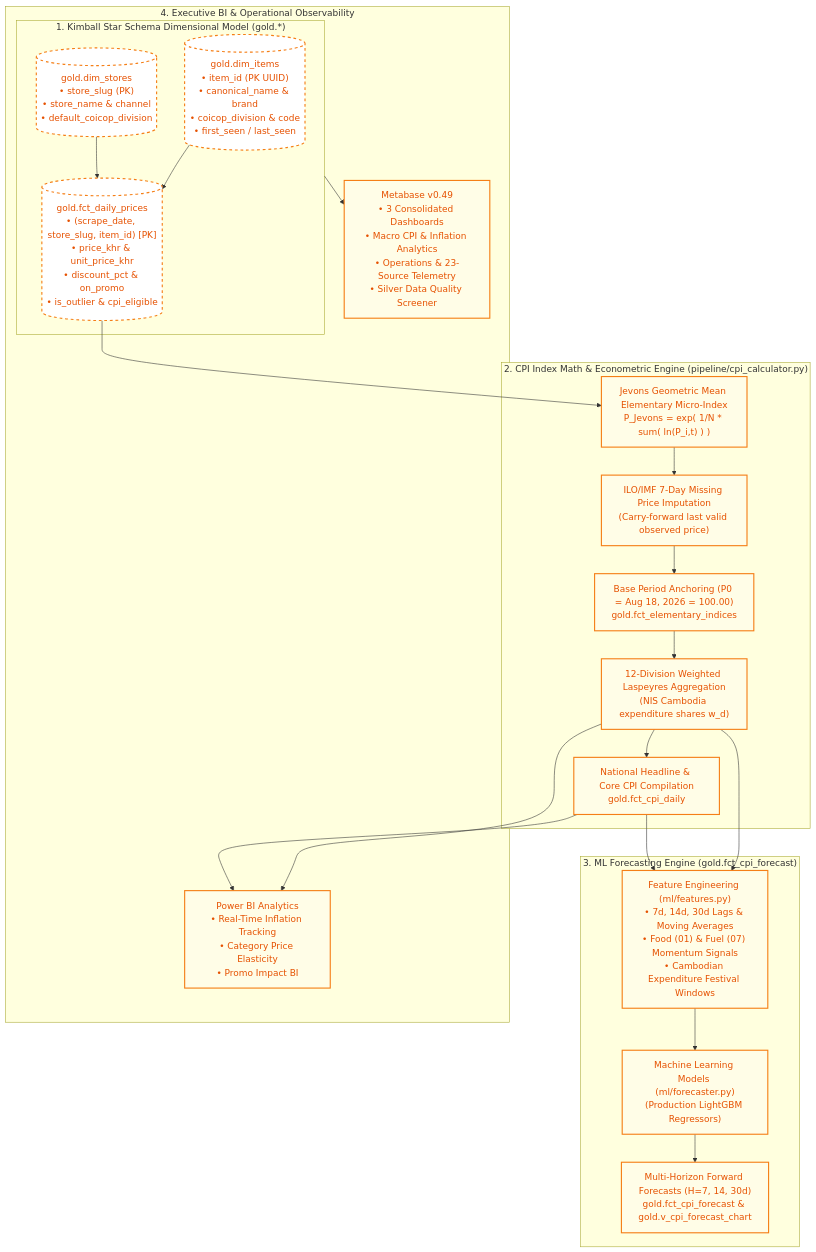
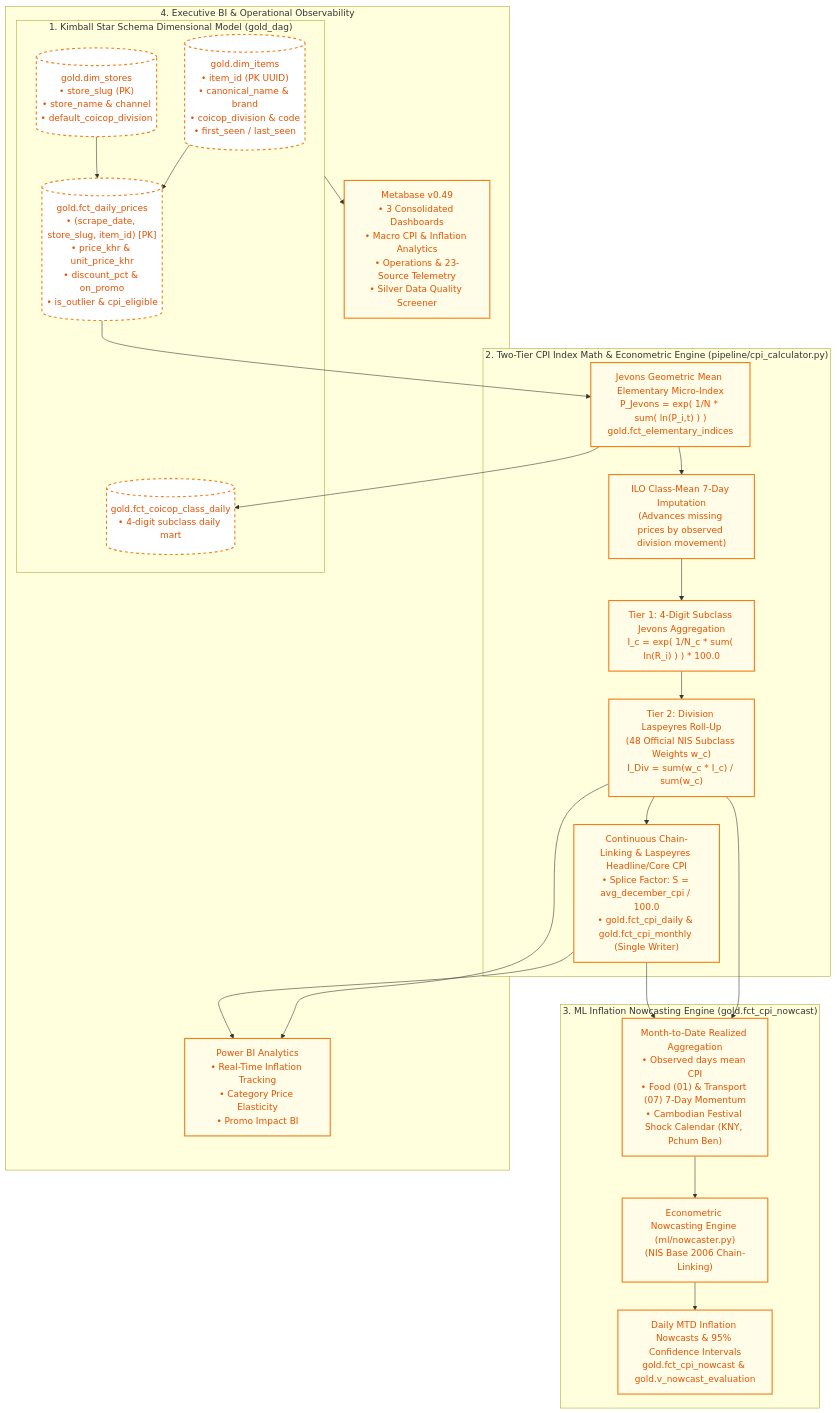
Before and after one commit to Korngmeng-Taing/Cambodia-cpi-pipeline: the fourth of 4 diagrams in docs/ARCHITECTURE_DIAGRAMS.md, drawn with Mermaid. The commit also changed other lines of this file and 104 other files, not shown here.

First line of the commit message:
feat(audit): post-fix audit remediation, medallion schema consolidation, and pipeline optimization

````diff
--- a/docs/ARCHITECTURE_DIAGRAMS.md
+++ b/docs/ARCHITECTURE_DIAGRAMS.md
@@ -155,35 +155,37 @@
 ```mermaid
 flowchart TD
-    subgraph StarSchema["1. Kimball Star Schema Dimensional Model (gold.*)"]
+    subgraph StarSchema["1. Kimball Star Schema Dimensional Model (gold_dag)"]
         G_DIM1[("gold.dim_items\n• item_id (PK UUID)\n• canonical_name & brand\n• coicop_division & code\n• first_seen / last_seen")]
         G_DIM2[("gold.dim_stores\n• store_slug (PK)\n• store_name & channel\n• default_coicop_division")]
         G_FACT[("gold.fct_daily_prices\n• (scrape_date, store_slug, item_id) [PK]\n• price_khr & unit_price_khr\n• discount_pct & on_promo\n• is_outlier & cpi_eligible")]
+        G_CLASS[("gold.fct_coicop_class_daily\n• 4-digit subclass daily mart")]
         
         G_DIM1 --> G_FACT
         G_DIM2 --> G_FACT
     end
 
-    subgraph IndexEngine["2. CPI Index Math & Econometric Engine (pipeline/cpi_calculator.py)"]
-        G_FACT --> M1["Jevons Geometric Mean Elementary Micro-Index\nP_Jevons = exp( 1/N * sum( ln(P_i,t) ) )"]
-        M1 --> M2["ILO/IMF 7-Day Missing Price Imputation\n(Carry-forward last valid observed price)"]
-        M2 --> M3["Base Period Anchoring (P0 = Aug 18, 2026 = 100.00)\ngold.fct_elementary_indices"]
-        M3 --> M4["12-Division Weighted Laspeyres Aggregation\n(NIS Cambodia expenditure shares w_d)"]
-        M4 --> M5["National Headline & Core CPI Compilation\ngold.fct_cpi_daily"]
+    subgraph IndexEngine["2. Two-Tier CPI Index Math & Econometric Engine (pipeline/cpi_calculator.py)"]
+        G_FACT --> M1["Jevons Geometric Mean Elementary Micro-Index\nP_Jevons = exp( 1/N * sum( ln(P_i,t) ) )\ngold.fct_elementary_indices"]
+        M1 --> M2["ILO Class-Mean 7-Day Imputation\n(Advances missing prices by observed division movement)"]
+        M2 --> M3["Tier 1: 4-Digit Subclass Jevons Aggregation\nI_c = exp( 1/N_c * sum( ln(R_i) ) ) * 100.0"]
+        M3 --> M4["Tier 2: Division Laspeyres Roll-Up\n(48 Official NIS Subclass Weights w_c)\nI_Div = sum(w_c * I_c) / sum(w_c)"]
+        M4 --> M5["Continuous Chain-Linking & Laspeyres Headline/Core CPI\n• Splice Factor: S = avg_december_cpi / 100.0\n• gold.fct_cpi_daily & gold.fct_cpi_monthly (Single Writer)"]
+        M1 --> G_CLASS
     end
 
-    subgraph FeatureStore["3. ML Forecasting Engine (gold.fct_cpi_forecast)"]
-        M4 & M5 --> F1["Feature Engineering (ml/features.py)\n• 7d, 14d, 30d Lags & Moving Averages\n• Food (01) & Fuel (07) Momentum Signals\n• Cambodian Expenditure Festival Windows"]
-        F1 --> F2["Machine Learning Models (ml/forecaster.py)\n(Production LightGBM Regressors)"]
-        F2 --> F3["Multi-Horizon Forward Forecasts (H=7, 14, 30d)\ngold.fct_cpi_forecast & gold.v_cpi_forecast_chart"]
+    subgraph NowcastEngine["3. ML Inflation Nowcasting Engine (gold.fct_cpi_nowcast)"]
+        M4 & M5 --> F1["Month-to-Date Realized Aggregation\n• Observed days mean CPI\n• Food (01) & Transport (07) 7-Day Momentum\n• Cambodian Festival Shock Calendar (KNY, Pchum Ben)"]
+        F1 --> F2["Econometric Nowcasting Engine (ml/nowcaster.py)\n(NIS Base 2006 Chain-Linking)"]
+        F2 --> F3["Daily MTD Inflation Nowcasts & 95% Confidence Intervals\ngold.fct_cpi_nowcast & gold.v_nowcast_evaluation"]
     end
 
     subgraph Serving["4. Executive BI & Operational Observability"]
         M4 & M5 --> B1["Power BI Analytics\n• Real-Time Inflation Tracking\n• Category Price Elasticity\n• Promo Impact BI"]
         StarSchema --> B2["Metabase v0.49\n• 3 Consolidated Dashboards\n• Macro CPI & Inflation Analytics\n• Operations & 23-Source Telemetry\n• Silver Data Quality Screener"]
     end
 
     classDef gldBox fill:#fffde7,stroke:#f57f17,stroke-width:2px,color:#e65100;
     classDef gldTable fill:#ffffff,stroke:#f57f17,stroke-width:2px,stroke-dasharray: 5 5,color:#e65100;
     class M1,M2,M3,M4,M5,F1,F2,F3,B1,B2 gldBox;
-    class G_DIM1,G_DIM2,G_FACT gldTable;
+    class G_DIM1,G_DIM2,G_FACT,G_CLASS gldTable;
 ```
````
